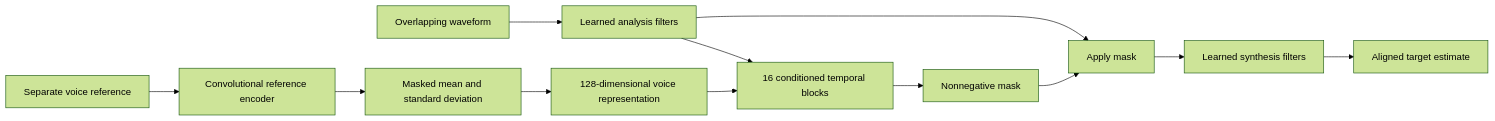
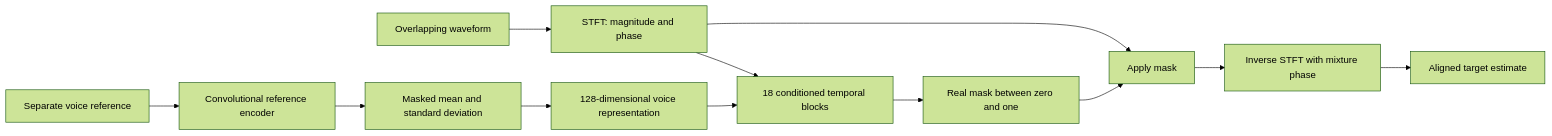
Before and after one commit to Zachshotamartin/target-speaker-extraction: the diagram in README.md, drawn with Mermaid (forest theme). The commit also changed other lines of this file and 48 other files, not shown here.

````diff
--- a/README.md
+++ b/README.md
@@ -66,14 +68,14 @@
 ```mermaid
 flowchart LR
     R[Separate voice reference] --> RE[Convolutional reference encoder]
     RE --> P[Masked mean and standard deviation]
     P --> E[128-dimensional voice representation]
-    M[Overlapping waveform] --> A[Learned analysis filters]
-    A --> T[16 conditioned temporal blocks]
+    M[Overlapping waveform] --> A[STFT: magnitude and phase]
+    A --> T[18 conditioned temporal blocks]
     E --> T
-    T --> K[Nonnegative mask]
+    T --> K[Real mask between zero and one]
     A --> X[Apply mask]
     K --> X
-    X --> D[Learned synthesis filters]
+    X --> D[Inverse STFT with mixture phase]
     D --> O[Aligned target estimate]
 ```
````
